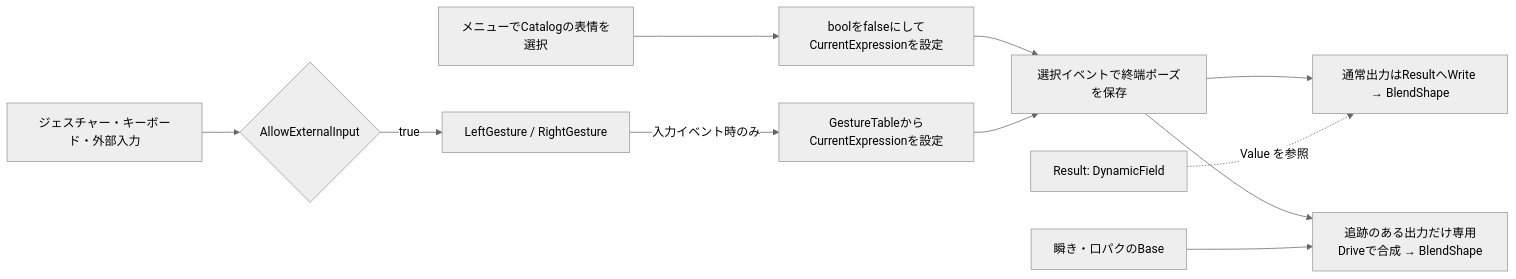
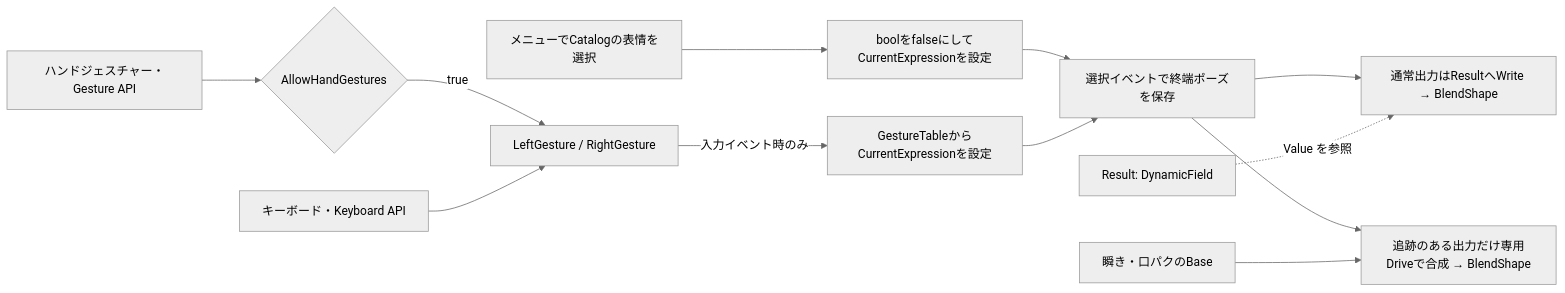
One commit to orange3134/VRMtoResonitePackage changed the diagram in docs/expression-system.md. Above: the diagram before and after it, drawn with Mermaid (neutral theme). The commit also changed other lines of this file and 12 other files, not shown here.

Commit message:
Limit input permission to hand gestures and keep keyboard active

````diff
--- a/docs/expression-system.md
+++ b/docs/expression-system.md
@@ -18,13 +18,14 @@
 ```mermaid
 flowchart LR
-    H[ジェスチャー・キーボード・外部入力] --> G{AllowExternalInput}
+    H[ハンドジェスチャー・Gesture API] --> G{AllowHandGestures}
     G -->|true| S[LeftGesture / RightGesture]
+    K[キーボード・Keyboard API] --> S
     D[メニューでCatalogの表情を選択] --> T[boolをfalseにしてCurrentExpressionを設定]
     T --> R
     S -->|入力イベント時のみ| P[GestureTableからCurrentExpressionを設定]
     P --> R[選択イベントで終端ポーズを保存]
     R --> V[通常出力はResultへWrite → BlendShape]
     R --> Q[追跡のある出力だけ専用Driveで合成 → BlendShape]
     B[瞬き・口パクのBase] --> Q
     Result[Result: DynamicField] -. Value を参照 .-> V
 ```
````
